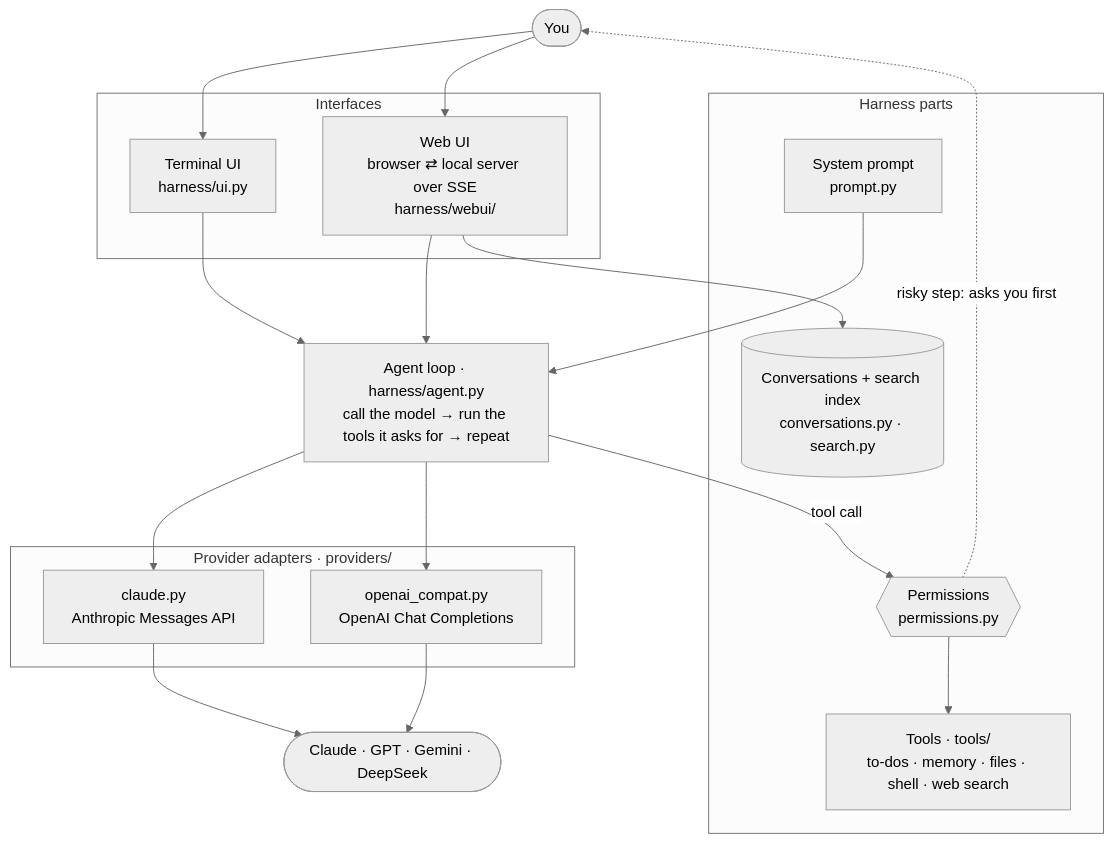
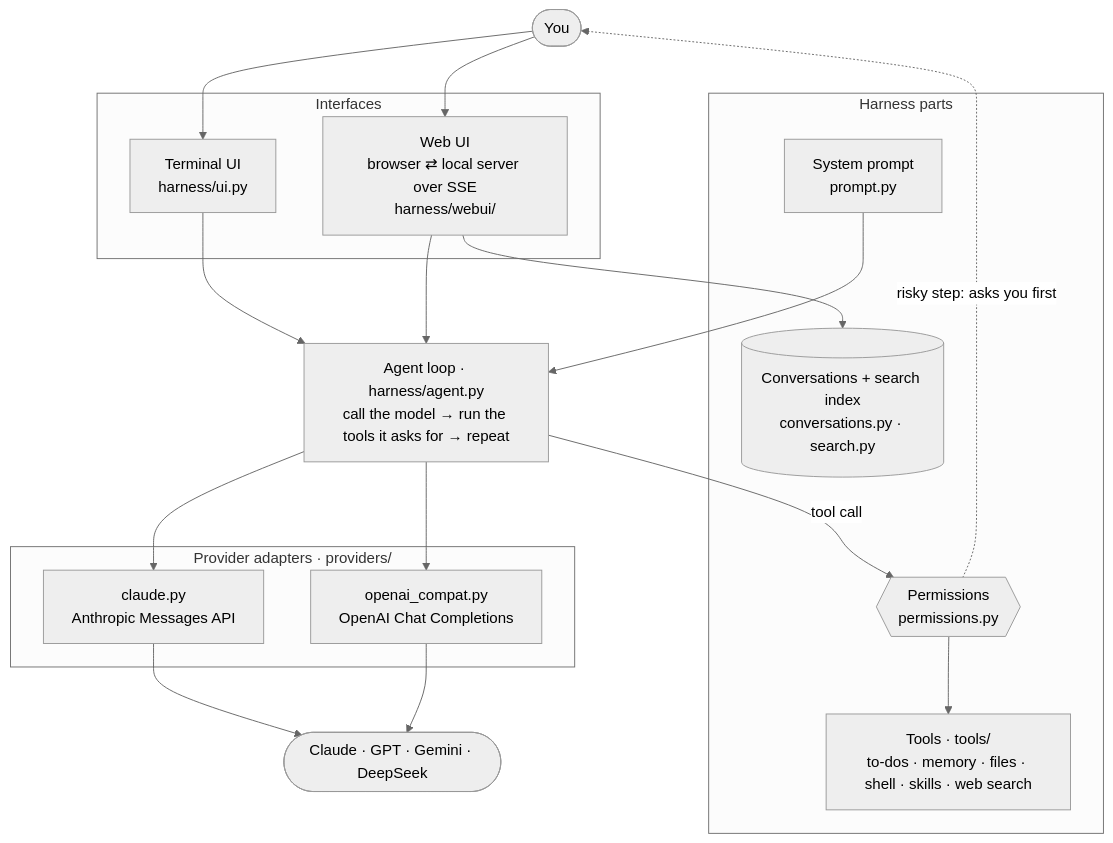
Before and after one commit to Akxan/zhifox-agent-harness: the first of 2 diagrams in README.md, drawn with Mermaid (neutral theme). The commit also changed other lines of this file and 27 other files, not shown here.

````diff
--- a/README.md
+++ b/README.md
@@ -101,39 +104,39 @@
 ```mermaid
 flowchart TB
     you(["You"])
 
     subgraph ui ["Interfaces"]
         term["Terminal UI<br/>harness/ui.py"]
         web["Web UI<br/>browser ⇄ local server over SSE<br/>harness/webui/"]
     end
 
     agent["Agent loop · harness/agent.py<br/>call the model → run the tools it asks for → repeat"]
 
     subgraph parts ["Harness parts"]
         prompt["System prompt<br/>prompt.py"]
         perms{{"Permissions<br/>permissions.py"}}
-        tools["Tools · tools/<br/>to-dos · memory · files · shell · web search"]
+        tools["Tools · tools/<br/>to-dos · memory · files · shell · skills · web search"]
         store[("Conversations + search index<br/>conversations.py · search.py")]
     end
 
     subgraph providers ["Provider adapters · providers/"]
         claude["claude.py<br/>Anthropic Messages API"]
         compat["openai_compat.py<br/>OpenAI Chat Completions"]
     end
 
     apis(["Claude · GPT · Gemini · DeepSeek"])
 
     you --> term
     you --> web
     term --> agent
     web --> agent
     web --> store
     prompt --> agent
     agent --> claude
     agent --> compat
     claude --> apis
     compat --> apis
     agent -->|"tool call"| perms
     perms -.->|"risky step: asks you first"| you
     perms --> tools
 ```
````
